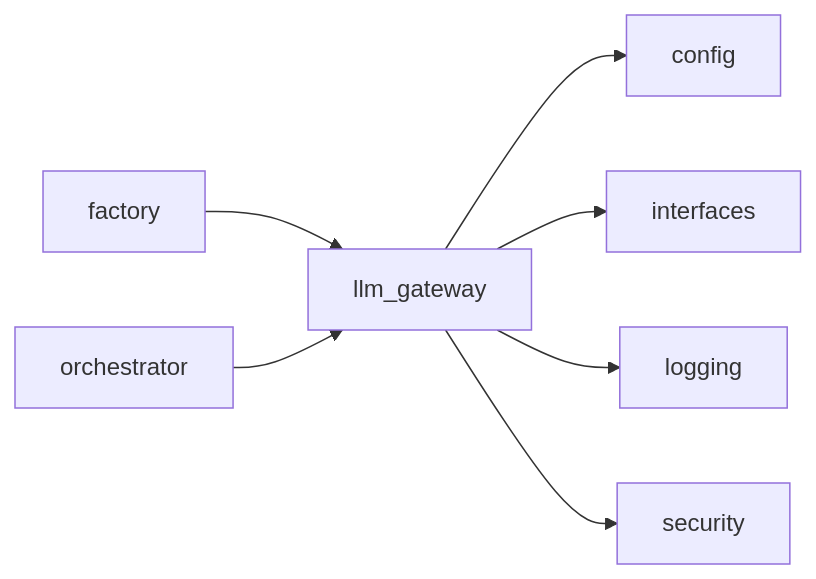
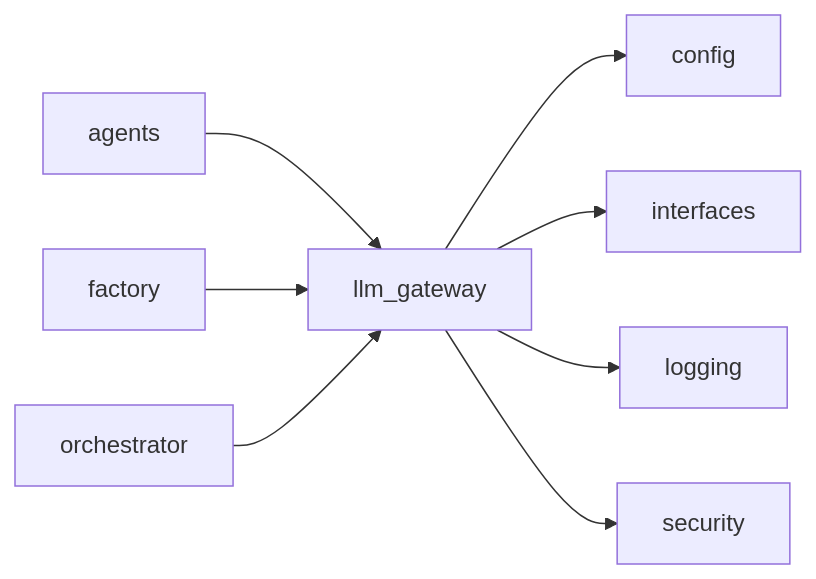
Before and after one commit to ianshank/Mouse-Droid-AGI: the first of 5 diagrams in docs/architecture/package-map/deliberative.md, drawn with Mermaid. The commit also changed other lines of this file and 33 other files, not shown here.

````diff
--- a/docs/architecture/package-map/deliberative.md
+++ b/docs/architecture/package-map/deliberative.md
@@ -24,10 +24,11 @@
 ```mermaid
 graph LR
   llm_gateway[llm_gateway]
   llm_gateway --> config
   llm_gateway --> interfaces
   llm_gateway --> logging
   llm_gateway --> security
+  agents --> llm_gateway
   factory --> llm_gateway
   orchestrator --> llm_gateway
 ```
````
